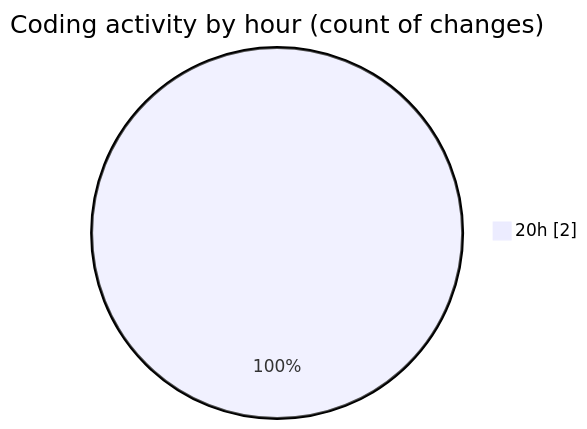
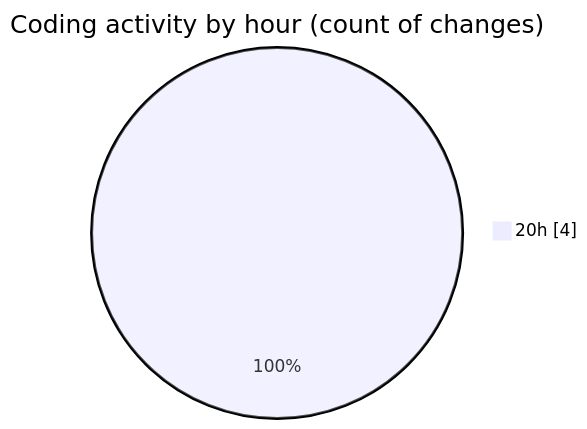
Before and after one commit to EIIisD/code-tracking: the second of 2 diagrams in 2025-08-23/_claude/README.md, drawn with Mermaid. The commit also changed other lines of this file and 1 other file, not shown here.

````diff
--- a/2025-08-23/_claude/README.md
+++ b/2025-08-23/_claude/README.md
@@ -28,5 +30,5 @@
 ```mermaid
 pie showData
 title Coding activity by hour (count of changes)
-"20h" : 2
+"20h" : 4
 ```
````
